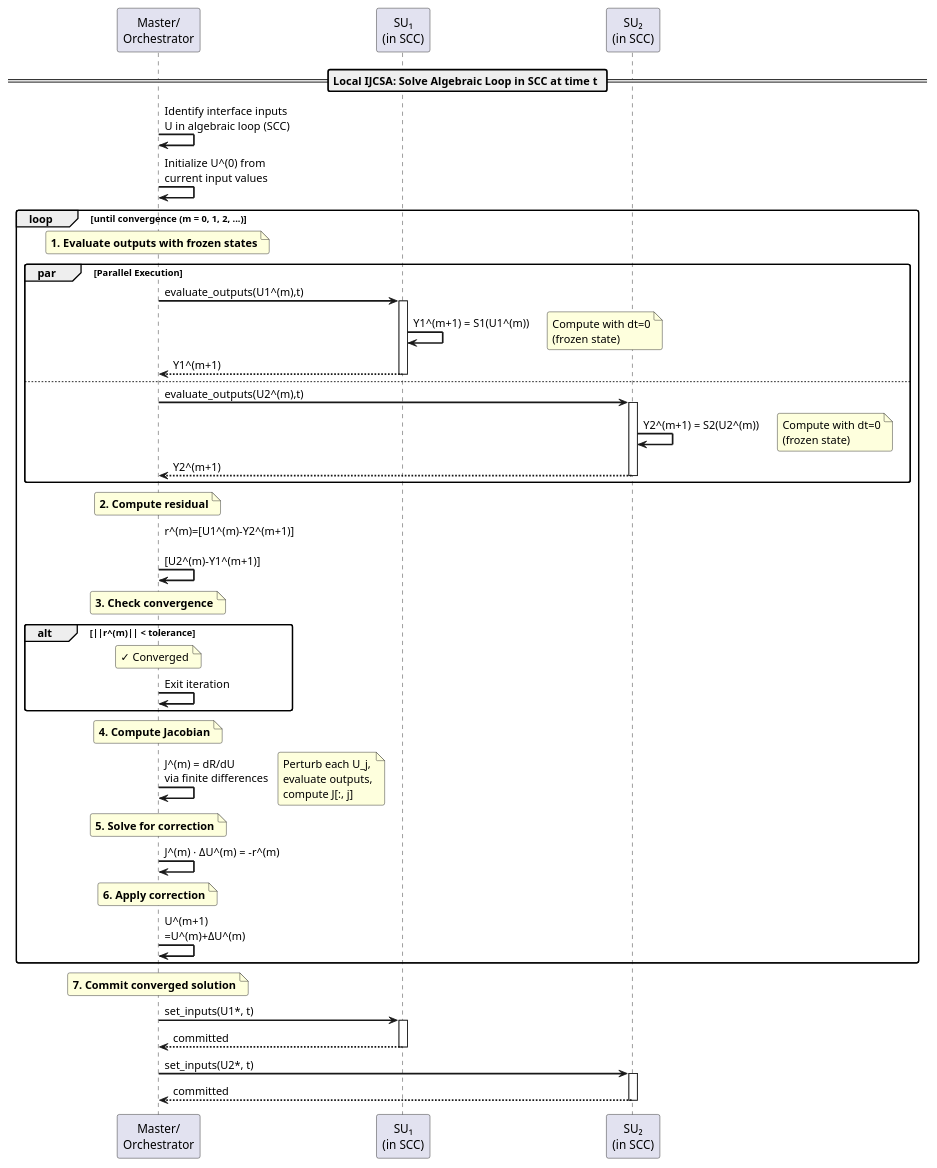
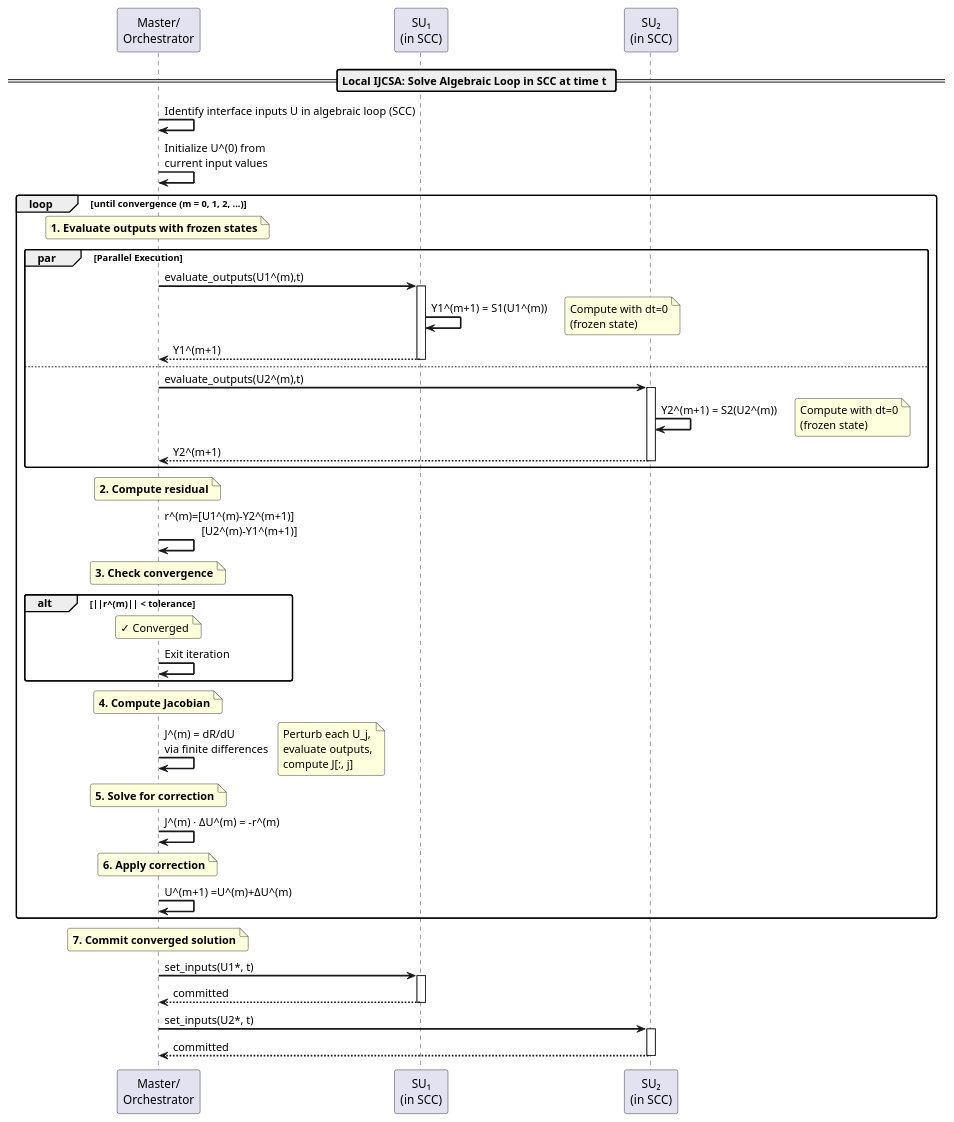
One commit to FlorianFrech/SystemSimulation changed the diagram in docs/diagrams/src/execution/local_ijcsa.puml. Above: the diagram before and after it, drawn with PlantUML. The commit also changed 53 other files, not shown here.

```diff
--- a/docs/diagrams/src/execution/local_ijcsa.puml
+++ b/docs/diagrams/src/execution/local_ijcsa.puml
@@ -1,90 +1,92 @@
 @startuml Local_IJCSA_Algorithm
 
 skinparam backgroundColor white
 skinparam sequenceArrowThickness 2
 skinparam roundcorner 5
-skinparam maxMessageSize 150
+skinparam maxMessageSize 300
 skinparam participantPadding 100
+skinparam wrapWidth 0
+skinparam maxMessageSize 500
 
 participant "Master/\nOrchestrator" as Master
 participant "SU₁\n(in SCC)" as SU1
 participant "SU₂\n(in SCC)" as SU2
 
 == Local IJCSA: Solve Algebraic Loop in SCC at time t ==
 
 Master -> Master: Identify interface inputs U in algebraic loop (SCC)
 
 Master -> Master: Initialize U^(0) from\ncurrent input values
 
 loop until convergence (m = 0, 1, 2, ...)
 
     note over Master: **1. Evaluate outputs with frozen states**
     
     par Parallel Execution
         Master -> SU1: evaluate_outputs(U1^(m),t)
         activate SU1
         SU1 -> SU1: Y1^(m+1) = S1(U1^(m))
         note right: Compute with dt=0\n(frozen state)
         SU1 --> Master: Y1^(m+1)
         deactivate SU1
     else
         Master -> SU2: evaluate_outputs(U2^(m),t)
         activate SU2
         SU2 -> SU2: Y2^(m+1) = S2(U2^(m))
         note right: Compute with dt=0\n(frozen state)
         SU2 --> Master: Y2^(m+1)
         deactivate SU2
     end
     
     note over Master: **2. Compute residual**
     
     Master -> Master: r^(m)=[U1^(m)-Y2^(m+1)]\n             [U2^(m)-Y1^(m+1)]
     
     note over Master: **3. Check convergence**
     
     alt ||r^(m)|| < tolerance
         note over Master: ✓ Converged
         Master -> Master: Exit iteration
     end
     
     note over Master: **4. Compute Jacobian**
     
     Master -> Master: J^(m) = dR/dU\nvia finite differences
     note right
       Perturb each U_j,
       evaluate outputs,
       compute J[:, j]
     end note
     
     note over Master: **5. Solve for correction**
     
     Master -> Master: J^(m) · ΔU^(m) = -r^(m)
     
     note over Master: **6. Apply correction**
     
     Master -> Master: U^(m+1) =U^(m)+ΔU^(m)
 
 end
 
 note over Master: **7. Commit converged solution**
 
 Master -> SU1: set_inputs(U1*, t)
 activate SU1
 SU1 --> Master: committed
 deactivate SU1
 
 Master -> SU2: set_inputs(U2*, t)
 activate SU2
 SU2 --> Master: committed
 deactivate SU2
 
 ' note over Master, SU2
 ' **Local IJCSA Properties:**
 ' • Solves algebraic loops within one SCC
 ' • Interface-level Newton iteration
 ' • Frozen states (dt=0) during iteration
 ' • Jacobian via finite differences
 ' • Converges when ||r|| < tolerance
 ' end note
 
 @enduml
```
